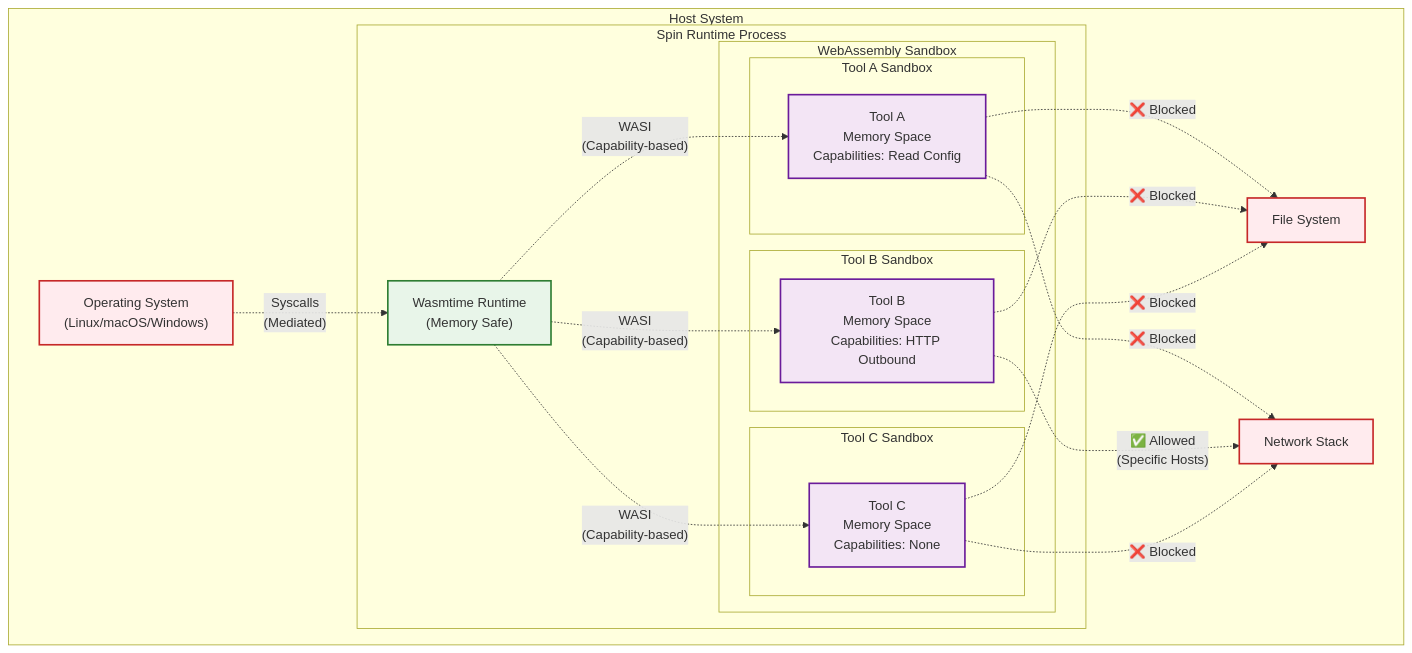
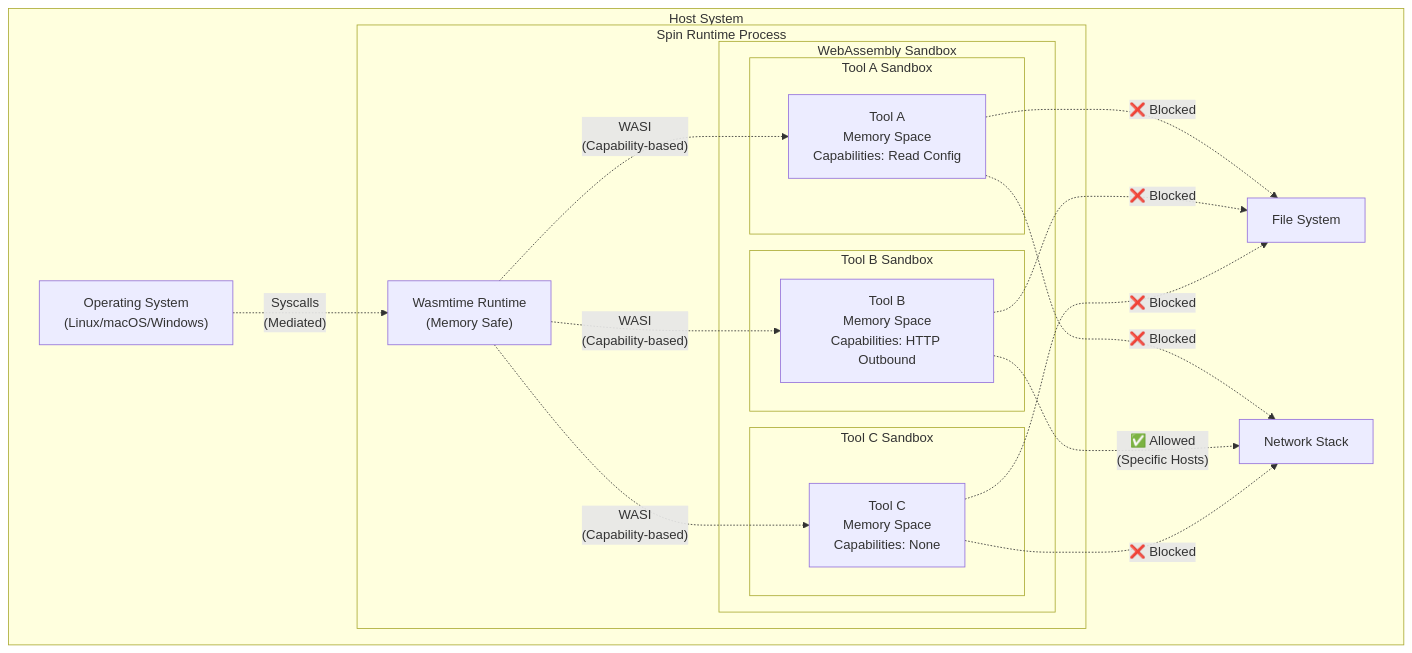
The diagram in docs/security.md (fastertools/ftl), drawn with Mermaid before and after one commit. The commit also changed 3 other files, not shown here.

Commit message:
docs: Update diagrams

````diff
--- a/docs/security.md
+++ b/docs/security.md
@@ -11,47 +11,38 @@
 ```mermaid
 graph TB
     subgraph "Host System"
         OS["Operating System<br/>(Linux/macOS/Windows)"]
         FS["File System"]
         Net["Network Stack"]
         
         subgraph "Spin Runtime Process"
             Runtime["Wasmtime Runtime<br/>(Memory Safe)"]
             
             subgraph "WebAssembly Sandbox"
                 subgraph "Tool A Sandbox"
                     ToolA["Tool A<br/>Memory Space<br/>Capabilities: Read Config"]
                 end
                 
                 subgraph "Tool B Sandbox"
                     ToolB["Tool B<br/>Memory Space<br/>Capabilities: HTTP Outbound"]
                 end
                 
                 subgraph "Tool C Sandbox"
                     ToolC["Tool C<br/>Memory Space<br/>Capabilities: None"]
                 end
             end
         end
     end
     
     OS -.->|"Syscalls<br/>(Mediated)"| Runtime
     Runtime -.->|"WASI<br/>(Capability-based)"| ToolA
     Runtime -.->|"WASI<br/>(Capability-based)"| ToolB
     Runtime -.->|"WASI<br/>(Capability-based)"| ToolC
     
     ToolA -.->|"❌ Blocked"| FS
     ToolA -.->|"❌ Blocked"| Net
     ToolB -.->|"❌ Blocked"| FS
     ToolB -.->|"✅ Allowed<br/>(Specific Hosts)"| Net
     ToolC -.->|"❌ Blocked"| FS
     ToolC -.->|"❌ Blocked"| Net
-    
-    classDef host fill:#ffebee,stroke:#c62828,stroke-width:2px
-    classDef runtime fill:#e8f5e9,stroke:#2e7d32,stroke-width:2px
-    classDef sandbox fill:#e3f2fd,stroke:#1565c0,stroke-width:2px
-    classDef tool fill:#f3e5f5,stroke:#6a1b9a,stroke-width:2px
-    
-    class OS,FS,Net host
-    class Runtime runtime
-    class ToolA,ToolB,ToolC tool
 ```
````
